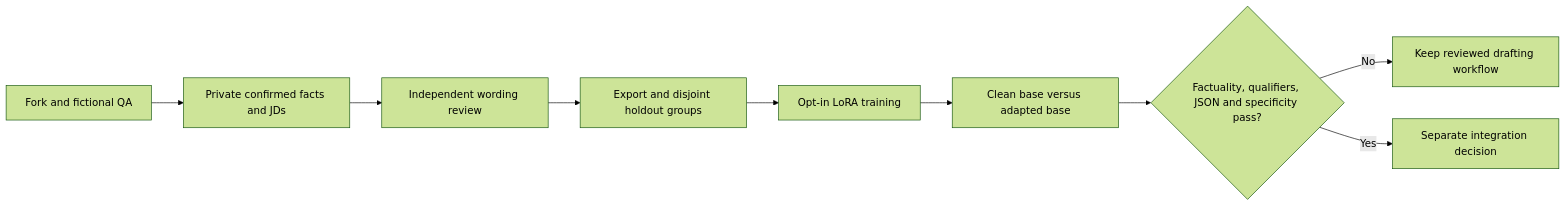
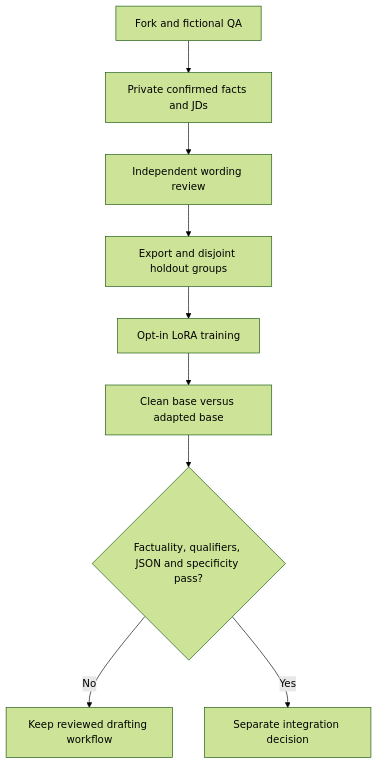
The diagram in docs/FINE_TUNING_START.md (DUYTRUYENTHONG/vietnam-career-agent-kit), drawn with Mermaid (forest theme) before and after one commit.

Commit message:
docs(training): keep workflow diagram readable without zoom

````diff
--- a/docs/FINE_TUNING_START.md
+++ b/docs/FINE_TUNING_START.md
@@ -8,11 +8,11 @@
 ```mermaid
-flowchart LR
+flowchart TD
   A[Fork and fictional QA] --> B[Private confirmed facts and JDs]
   B --> C[Independent wording review]
   C --> D[Export and disjoint holdout groups]
   D --> E[Opt-in LoRA training]
   E --> F[Clean base versus adapted base]
   F --> G{Factuality, qualifiers, JSON and specificity pass?}
   G -->|No| H[Keep reviewed drafting workflow]
   G -->|Yes| I[Separate integration decision]
 ```
````
